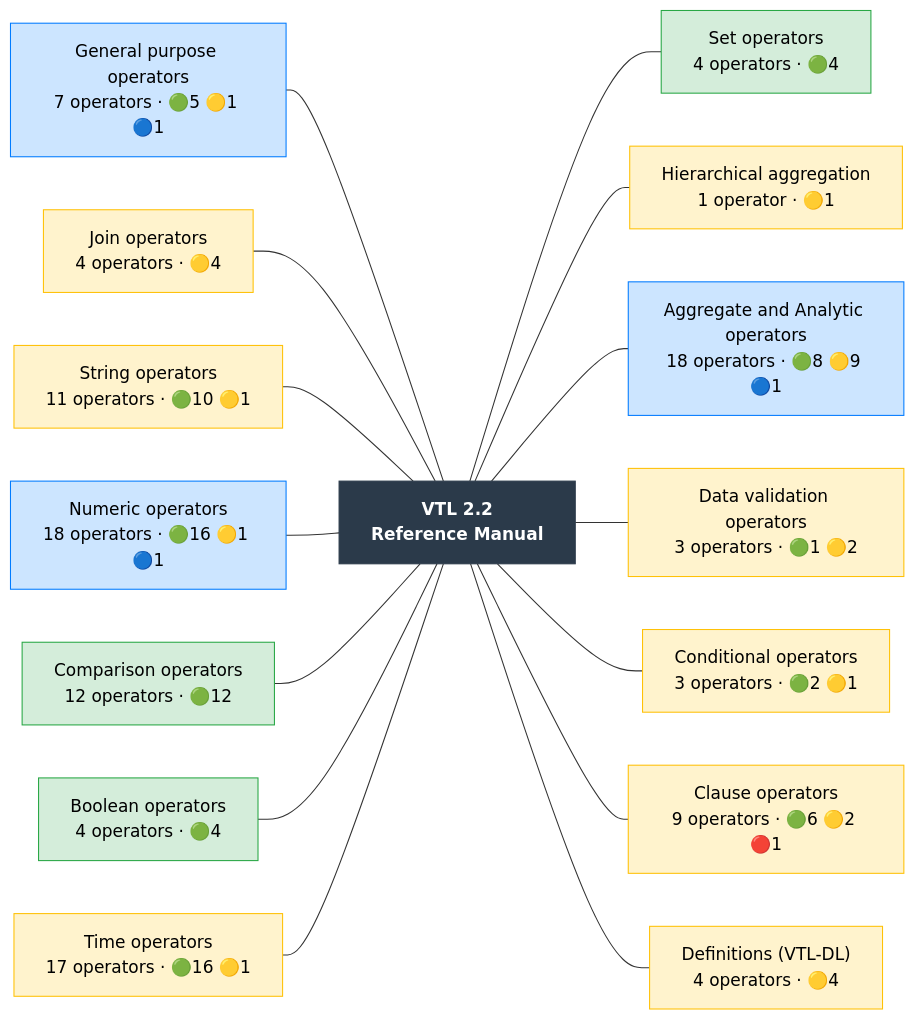
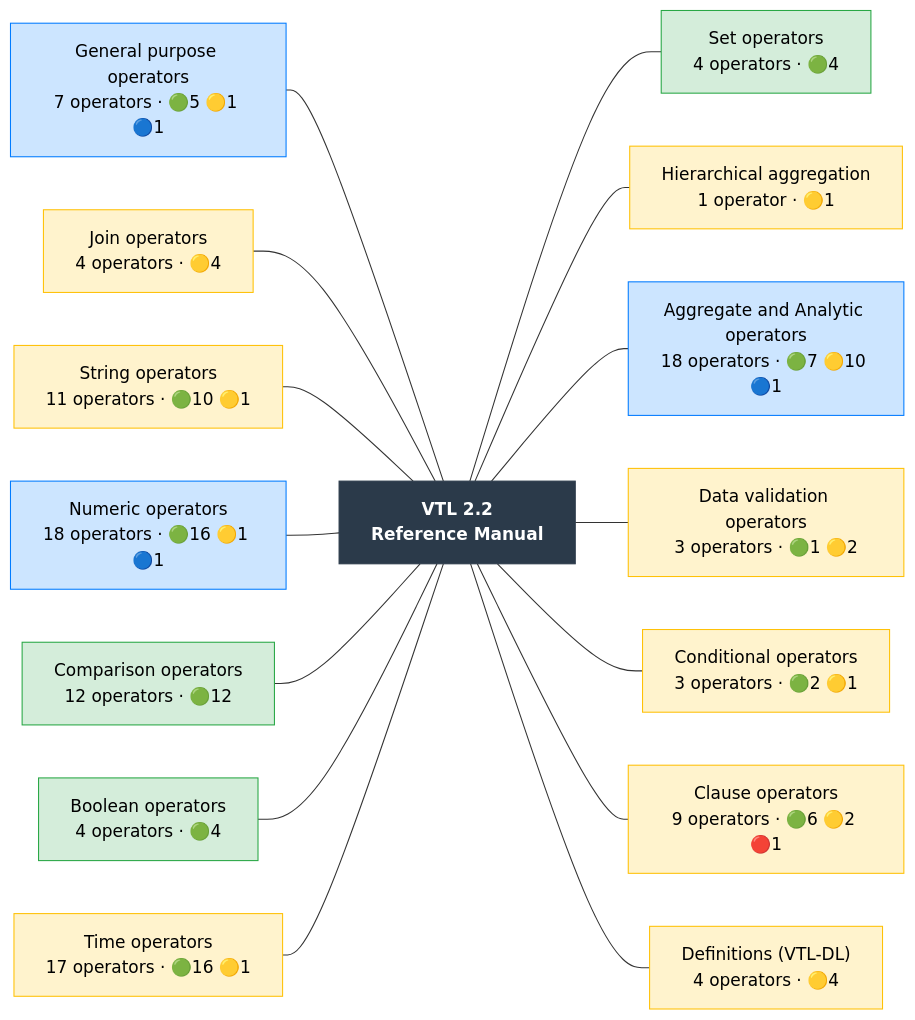
Before and after one commit to Meaningful-Data/vtlengine: the diagram in docs/operator_map/overview.rst, drawn with Mermaid. The commit also changed other lines of this file and 120 other files, not shown here.

```diff
--- a/docs/operator_map/overview.rst
+++ b/docs/operator_map/overview.rst
@@ -17,54 +17,54 @@
 .. mermaid::
    :config: {"flowchart": {"useMaxWidth": false}}
 
    flowchart LR
        classDef ok fill:#d4edda,stroke:#28a745,color:#000
        classDef partial fill:#fff3cd,stroke:#ffc107,color:#000
        classDef refused fill:#d4edda,stroke:#28a745,stroke-width:3px,stroke-dasharray: 2 2,color:#000
        classDef missing fill:#f8d7da,stroke:#dc3545,color:#000
        classDef diverge fill:#cce5ff,stroke:#007bff,color:#000
        classDef block fill:#2b3a4a,stroke:#2b3a4a,color:#fff,font-weight:bold
        classDef ext fill:#fff,stroke:#666,color:#000,stroke-dasharray: 5 5
        R["VTL 2.2<br/>Reference Manual"]:::block
        chapter__general["General purpose operators<br/>7 operators · 🟢5 🟡1 🔵1"]:::diverge
        chapter__join["Join operators<br/>4 operators · 🟡4"]:::partial
        chapter__string["String operators<br/>11 operators · 🟢10 🟡1"]:::partial
        chapter__numeric["Numeric operators<br/>18 operators · 🟢16 🟡1 🔵1"]:::diverge
        chapter__comparison["Comparison operators<br/>12 operators · 🟢12"]:::ok
        chapter__boolean["Boolean operators<br/>4 operators · 🟢4"]:::ok
        chapter__time["Time operators<br/>17 operators · 🟢16 🟡1"]:::partial
        chapter__set["Set operators<br/>4 operators · 🟢4"]:::ok
        chapter__hierarchy["Hierarchical aggregation<br/>1 operator · 🟡1"]:::partial
-       chapter__aggregate["Aggregate and Analytic operators<br/>18 operators · 🟢8 🟡9 🔵1"]:::diverge
+       chapter__aggregate["Aggregate and Analytic operators<br/>18 operators · 🟢7 🟡10 🔵1"]:::diverge
        chapter__validation["Data validation operators<br/>3 operators · 🟢1 🟡2"]:::partial
        chapter__conditional["Conditional operators<br/>3 operators · 🟢2 🟡1"]:::partial
        chapter__clause["Clause operators<br/>9 operators · 🟢6 🟡2 🔴1"]:::partial
        chapter__definitions["Definitions (VTL-DL)<br/>4 operators · 🟡4"]:::partial
        chapter__general --- R
        chapter__join --- R
        chapter__string --- R
        chapter__numeric --- R
        chapter__comparison --- R
        chapter__boolean --- R
        chapter__time --- R
        R --- chapter__set
        R --- chapter__hierarchy
        R --- chapter__aggregate
        R --- chapter__validation
        R --- chapter__conditional
        R --- chapter__clause
        R --- chapter__definitions
        click chapter__general href "general/index.html"
        click chapter__join href "join/index.html"
        click chapter__string href "string/index.html"
        click chapter__numeric href "numeric/index.html"
        click chapter__comparison href "comparison/index.html"
        click chapter__boolean href "boolean/index.html"
        click chapter__time href "time/index.html"
        click chapter__set href "set/index.html"
        click chapter__hierarchy href "hierarchy/index.html"
        click chapter__aggregate href "aggregate/index.html"
        click chapter__validation href "validation/index.html"
        click chapter__conditional href "conditional/index.html"
        click chapter__clause href "clause/index.html"
        click chapter__definitions href "definitions/index.html"
```
